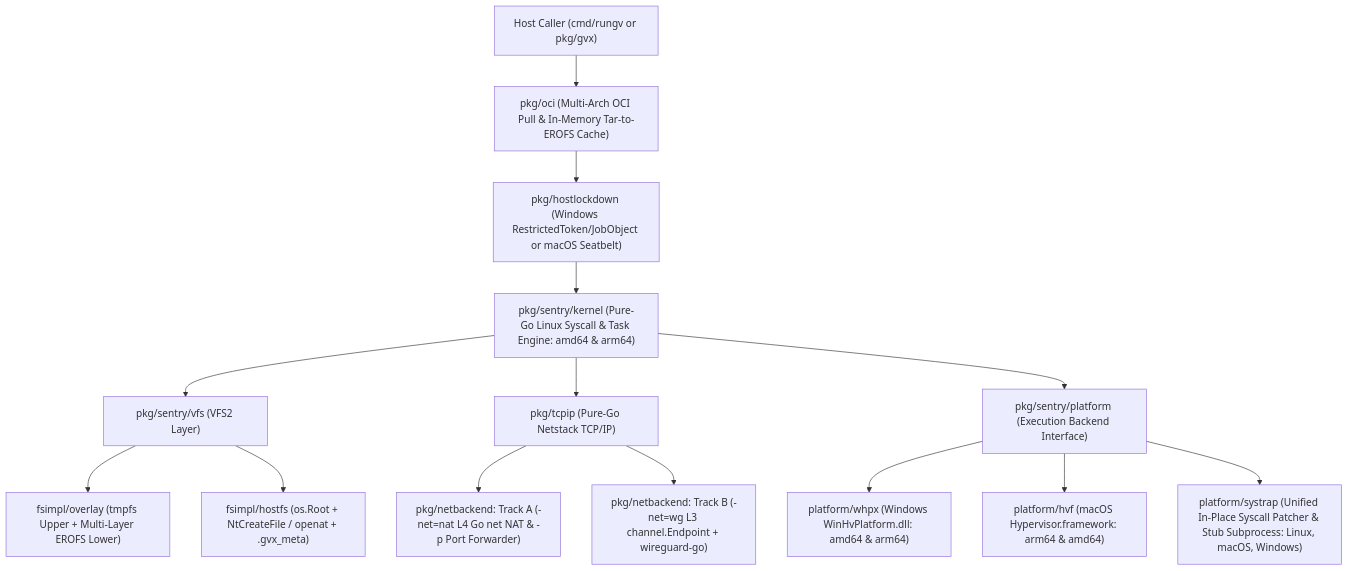
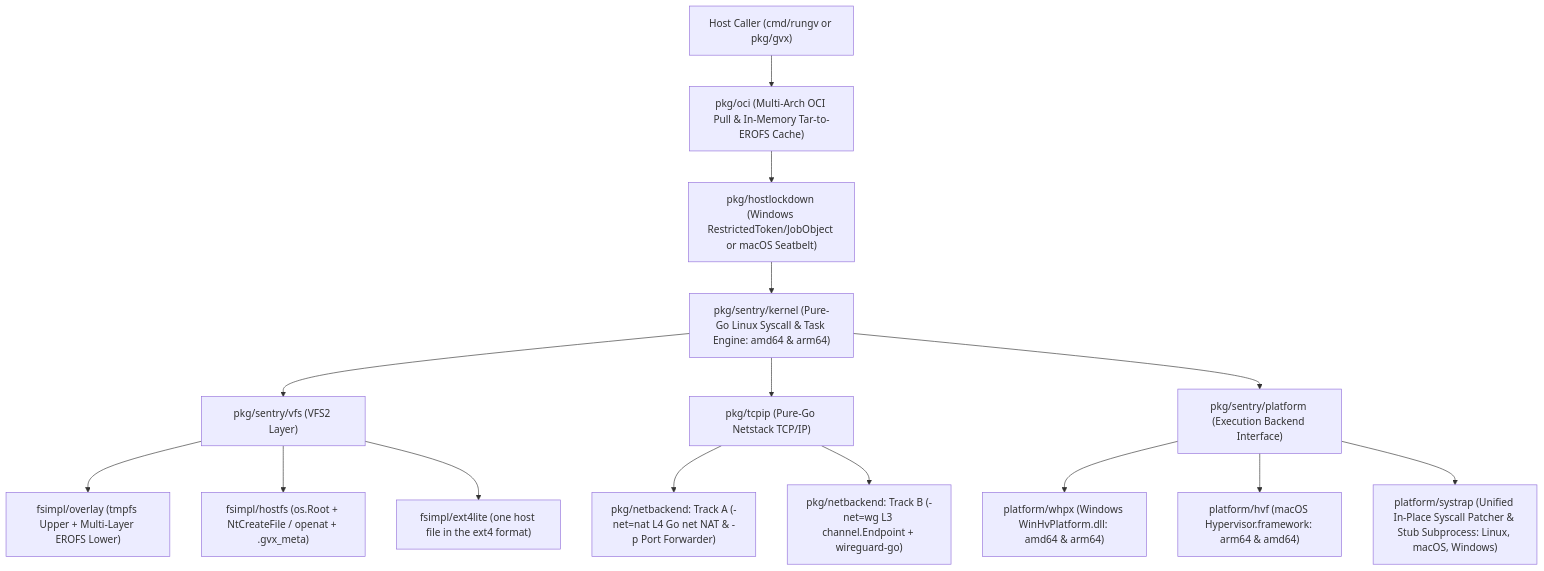
One commit to gfire-sigs/gvx changed the first of 8 diagrams in docs/architecture.md. Above: the diagram before and after it, drawn with Mermaid. The commit also changed other lines of this file and 17 other files, not shown here.

````diff
--- a/docs/architecture.md
+++ b/docs/architecture.md
@@ -21,16 +21,17 @@
 ```mermaid
 flowchart TD
     HostApp["Host Caller (cmd/rungv or pkg/gvx)"] --> OCI["pkg/oci (Multi-Arch OCI Pull & In-Memory Tar-to-EROFS Cache)"]
     OCI --> Lockdown["pkg/hostlockdown (Windows RestrictedToken/JobObject or macOS Seatbelt)"]
     Lockdown --> Sentry["pkg/sentry/kernel (Pure-Go Linux Syscall & Task Engine: amd64 & arm64)"]
     Sentry --> VFS["pkg/sentry/vfs (VFS2 Layer)"]
     Sentry --> Net["pkg/tcpip (Pure-Go Netstack TCP/IP)"]
     Sentry --> Platform["pkg/sentry/platform (Execution Backend Interface)"]
     VFS --> Overlay["fsimpl/overlay (tmpfs Upper + Multi-Layer EROFS Lower)"]
     VFS --> HostFS["fsimpl/hostfs (os.Root + NtCreateFile / openat + .gvx_meta)"]
+    VFS --> Ext4lite["fsimpl/ext4lite (one host file in the ext4 format)"]
     Net --> NetNAT["pkg/netbackend: Track A (-net=nat L4 Go net NAT & -p Port Forwarder)"]
     Net --> NetWG["pkg/netbackend: Track B (-net=wg L3 channel.Endpoint + wireguard-go)"]
     Platform --> WHPX["platform/whpx (Windows WinHvPlatform.dll: amd64 & arm64)"]
     Platform --> HVF["platform/hvf (macOS Hypervisor.framework: arm64 & amd64)"]
     Platform --> Systrap["platform/systrap (Unified In-Place Syscall Patcher & Stub Subprocess: Linux, macOS, Windows)"]
 ```
````
